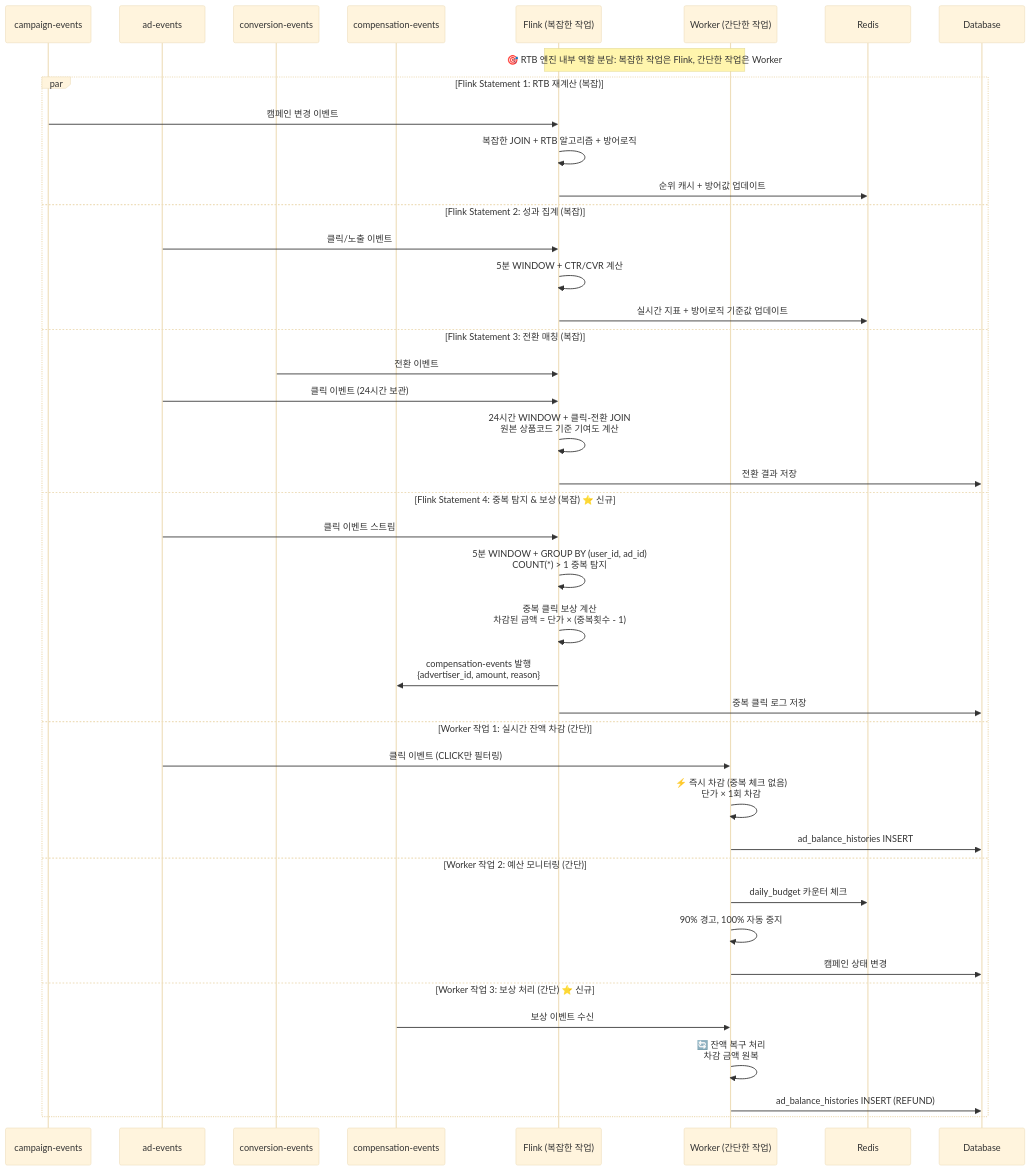
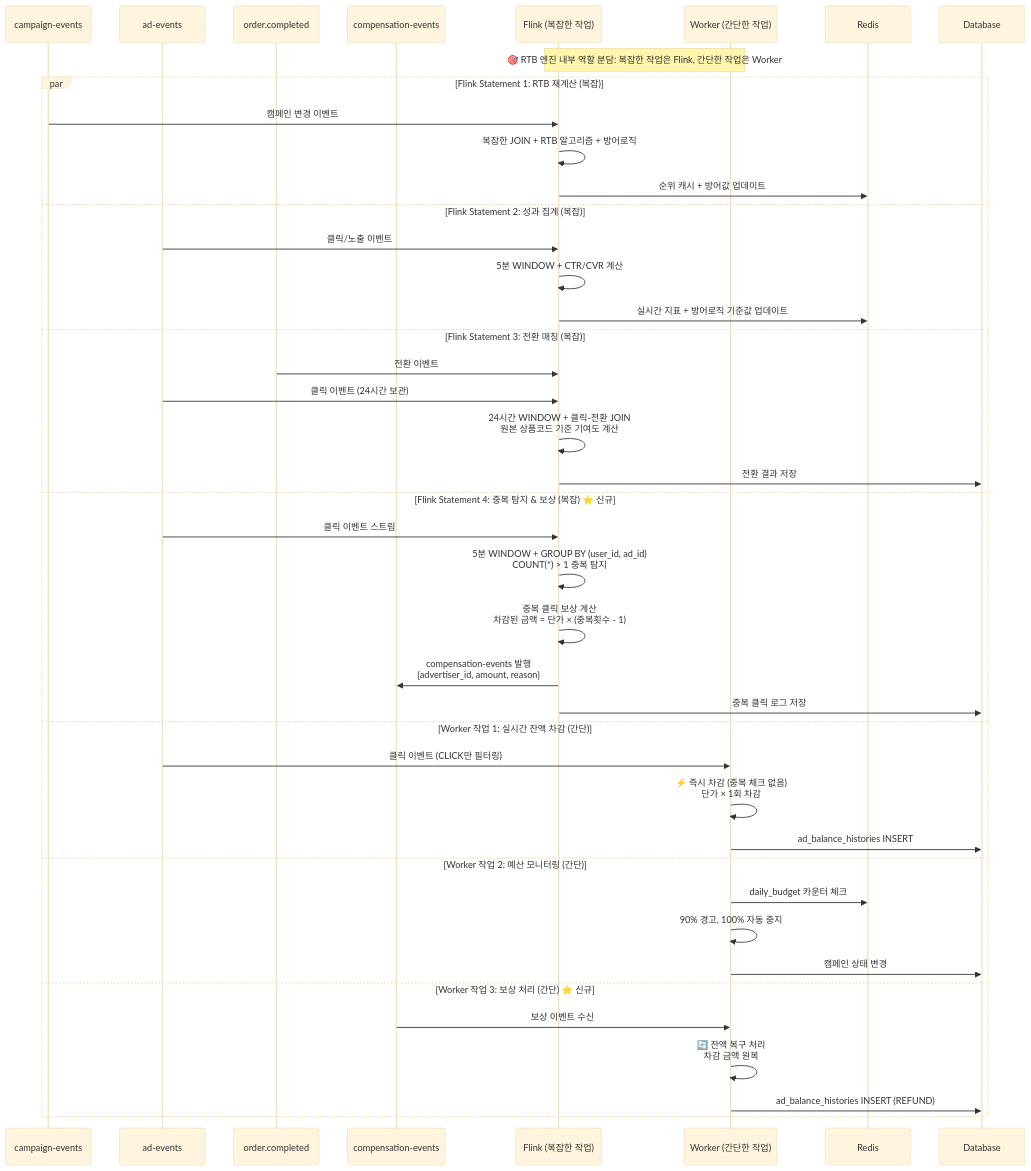
One commit to smk692/advertisement-project changed the fifth of 5 diagrams in docs/2. 설계/2-2. 아키텍처.md. Above: the diagram before and after it, drawn with Mermaid (base theme). The commit also changed other lines of this file and 5 other files, not shown here.

Commit message:
refactor: conversion-events를 order.completed로 변경 및 스키마 업데이트 - 토픽명 변경: conversion-events → order.completed - 실제 커머스 시스템에서 발행되는 토픽에 맞춰 스키마 단순화 - 필드 변경: user_id, mobile_device_id, order_id만 포함 - Flink SQL 매칭 로직 업데이트: mobile_device_id 기준 매칭 - API 문서 및 설계 문서 전체 동기화

````diff
--- a/docs/2. 설계/2-2. 아키텍처.md
+++ b/docs/2. 설계/2-2. 아키텍처.md
@@ -253,46 +253,46 @@
 ```mermaid
 sequenceDiagram
     participant K1 as campaign-events
     participant K2 as ad-events  
-    participant K3 as conversion-events
+    participant K3 as order.completed
     participant K4 as compensation-events
     participant F as Flink (복잡한 작업)
     participant W as Worker (간단한 작업)
     participant R as Redis
     participant DB as Database
     
     Note over F,W: 🎯 RTB 엔진 내부 역할 분담: 복잡한 작업은 Flink, 간단한 작업은 Worker
     
     par Flink Statement 1: RTB 재계산 (복잡)
         K1->>F: 캠페인 변경 이벤트
         F->>F: 복잡한 JOIN + RTB 알고리즘 + 방어로직
         F->>R: 순위 캐시 + 방어값 업데이트
     and Flink Statement 2: 성과 집계 (복잡)
         K2->>F: 클릭/노출 이벤트
         F->>F: 5분 WINDOW + CTR/CVR 계산
         F->>R: 실시간 지표 + 방어로직 기준값 업데이트
     and Flink Statement 3: 전환 매칭 (복잡)
         K3->>F: 전환 이벤트  
         K2->>F: 클릭 이벤트 (24시간 보관)
         F->>F: 24시간 WINDOW + 클릭-전환 JOIN<br/>원본 상품코드 기준 기여도 계산
         F->>DB: 전환 결과 저장
     and Flink Statement 4: 중복 탐지 & 보상 (복잡) ⭐ 신규
         K2->>F: 클릭 이벤트 스트림
         F->>F: 5분 WINDOW + GROUP BY (user_id, ad_id)<br/>COUNT(*) > 1 중복 탐지
         F->>F: 중복 클릭 보상 계산<br/>차감된 금액 = 단가 × (중복횟수 - 1)
         F->>K4: compensation-events 발행<br/>{advertiser_id, amount, reason}
         F->>DB: 중복 클릭 로그 저장
     and Worker 작업 1: 실시간 잔액 차감 (간단)
         K2->>W: 클릭 이벤트 (CLICK만 필터링)
         W->>W: ⚡ 즉시 차감 (중복 체크 없음)<br/>단가 × 1회 차감
         W->>DB: ad_balance_histories INSERT
     and Worker 작업 2: 예산 모니터링 (간단)
         W->>R: daily_budget 카운터 체크
         W->>W: 90% 경고, 100% 자동 중지
         W->>DB: 캠페인 상태 변경
     and Worker 작업 3: 보상 처리 (간단) ⭐ 신규
         K4->>W: 보상 이벤트 수신
         W->>W: 🔄 잔액 복구 처리<br/>차감 금액 원복
         W->>DB: ad_balance_histories INSERT (REFUND)
     end
 ```
````
